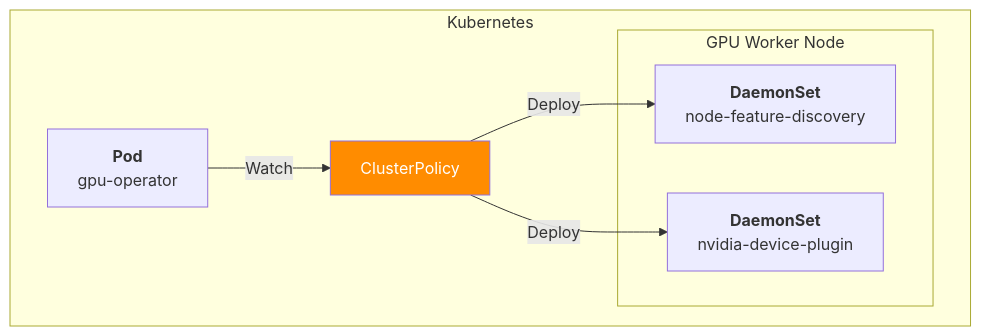
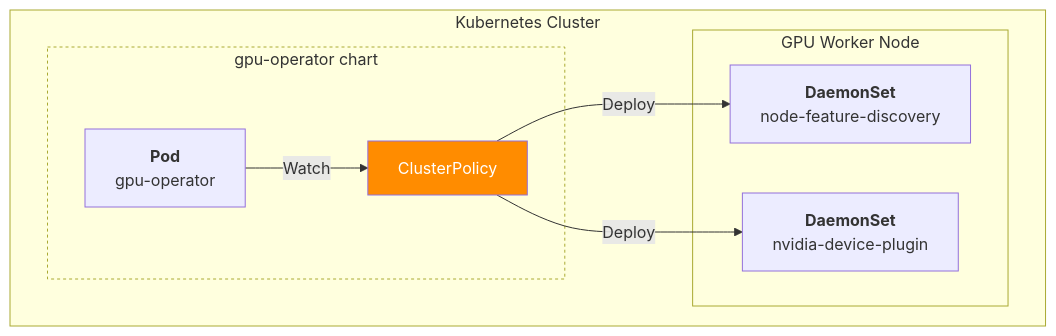
One commit to younsl/younsl.github.io changed the second of 3 diagrams in content/blog/gpu-timeslicing/index.md. Above: the diagram before and after it, drawn with Mermaid. The commit also changed other lines of this file, not shown here.

````diff
--- a/content/blog/gpu-timeslicing/index.md
+++ b/content/blog/gpu-timeslicing/index.md
@@ -157,21 +180,24 @@
 ```mermaid
 flowchart LR
-    subgraph k8s["Kubernetes"]
+    subgraph k8s["Kubernetes Cluster"]
         direction LR
 
-        pg["`**Pod**
-        gpu-operator`"]
-        cp["ClusterPolicy"]
+        subgraph chart["gpu-operator chart"]
+            pg["`**Pod**
+            gpu-operator`"]
+            cp["ClusterPolicy"]
+        end
 
         subgraph GPU Worker Node
             nfd["`**DaemonSet**
             node-feature-discovery`"]
             nvp["`**DaemonSet**
             nvidia-device-plugin`"]
         end
 
         pg --Watch--> cp --Deploy--> nfd & nvp
     end
     
     style cp fill:darkorange, color:white
+    style chart stroke-dasharray: 3 3 
 ```
````
